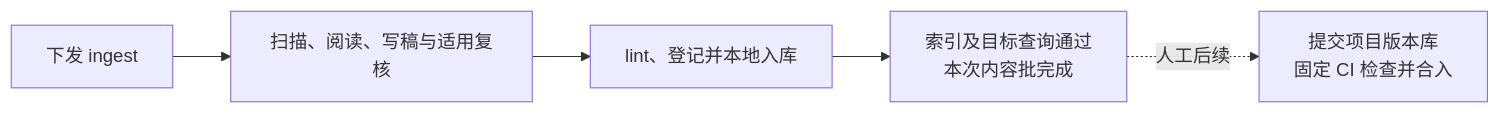
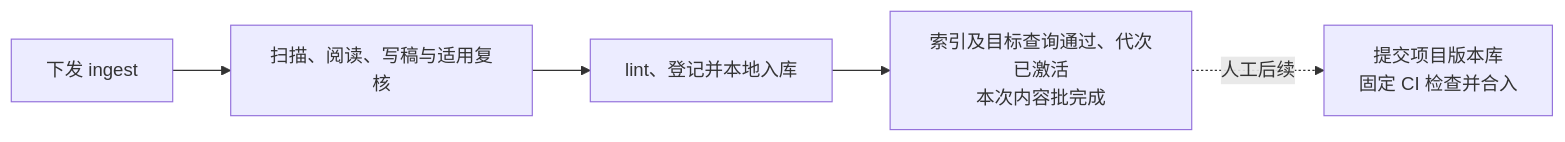
Before and after one commit to Robin-hhc/FactumCore: the diagram in aiotbot-knowledge-wifi-mp/docs-llm-wiki/使用说明.md, drawn with Mermaid. The commit also changed other lines of this file and 115 other files, not shown here.

````diff
--- a/aiotbot-knowledge-wifi-mp/docs-llm-wiki/使用说明.md
+++ b/aiotbot-knowledge-wifi-mp/docs-llm-wiki/使用说明.md
@@ -205,7 +217,7 @@
 ```mermaid
 flowchart LR
     A["下发 ingest"] --> B["扫描、阅读、写稿与适用复核"]
     B --> C["lint、登记并本地入库"]
-    C --> D["索引及目标查询通过<br/>本次内容批完成"]
+    C --> D["索引及目标查询通过、代次已激活<br/>本次内容批完成"]
     D -. "人工后续" .-> E["提交项目版本库<br/>固定 CI 检查并合入"]
 ```
````
